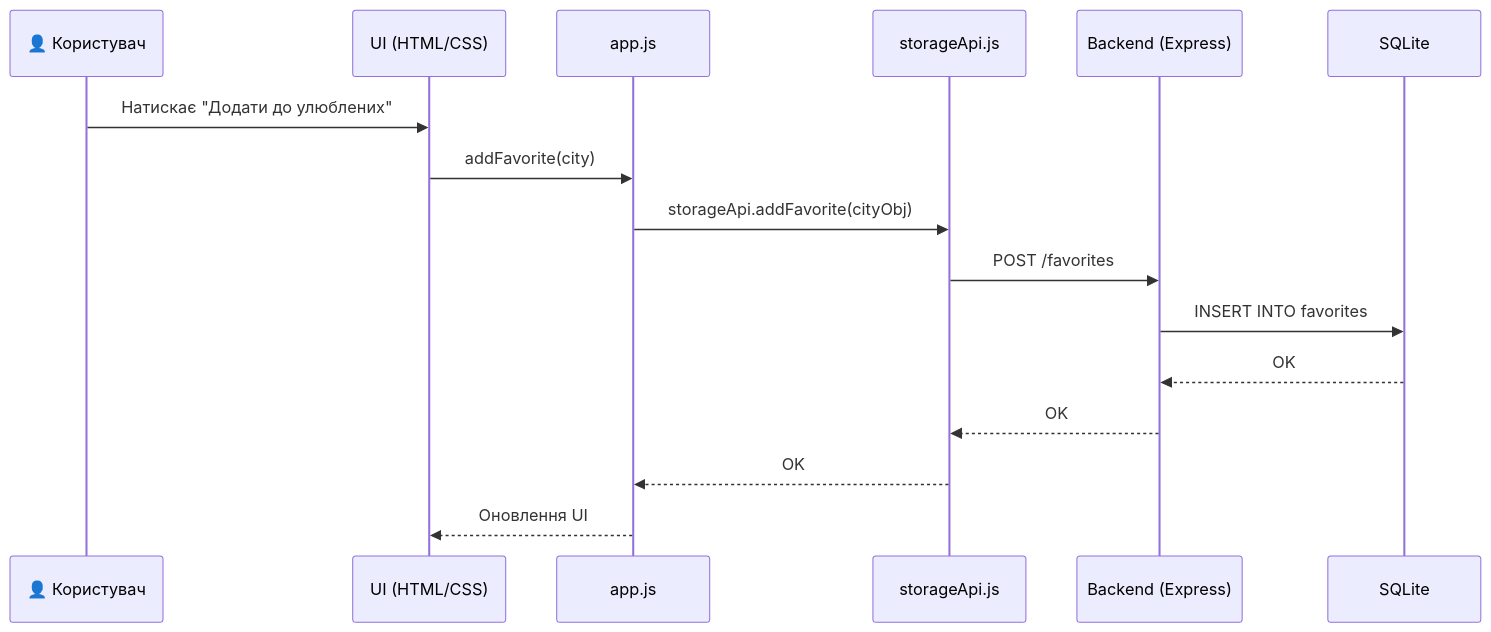
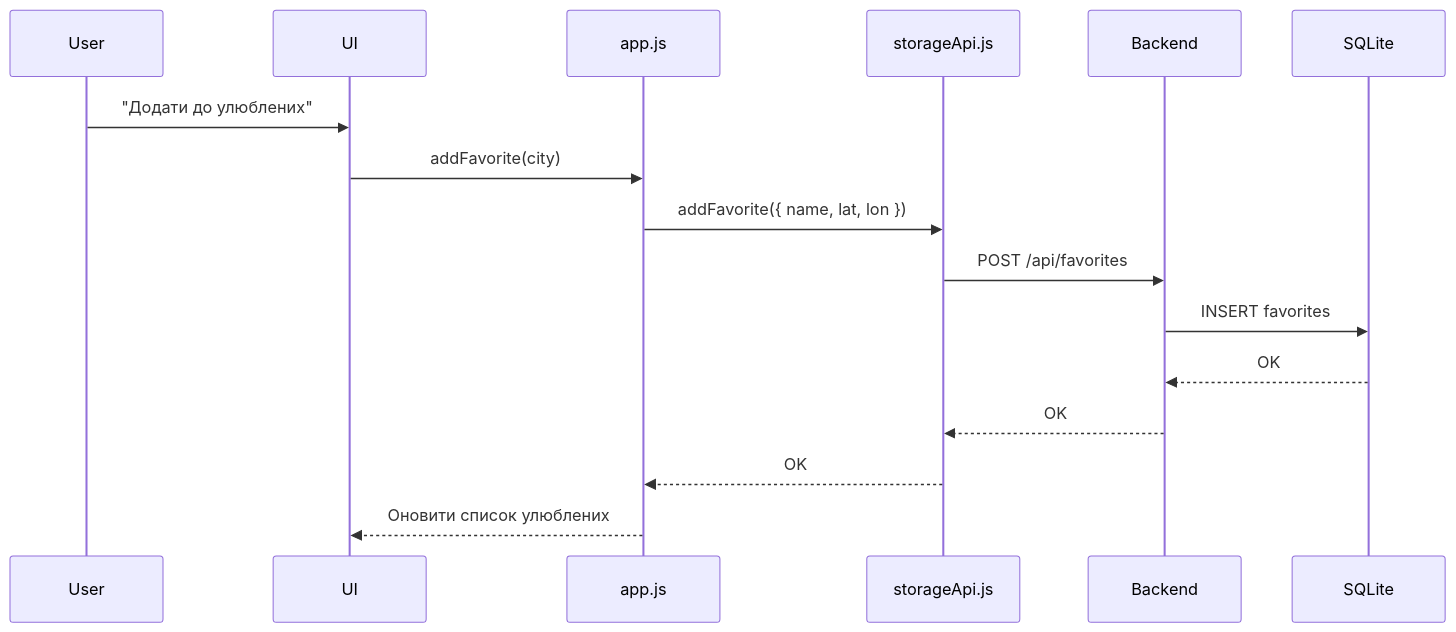
Before and after one commit to Qudass/NodeWeather: the third of 4 diagrams in docs/architecture.md, drawn with Mermaid. The commit also changed other lines of this file and 1 other file, not shown here.

Commit message:
docs: update architecture and data model diagrams

````diff
--- a/docs/architecture.md
+++ b/docs/architecture.md
@@ -108,19 +71,19 @@
 ```mermaid
 sequenceDiagram
-    participant User as 👤 Користувач
-    participant UI as UI (HTML/CSS)
+    participant User
+    participant UI
     participant App as app.js
     participant SA as storageApi.js
-    participant BE as Backend (Express)
+    participant BE as Backend
     participant DB as SQLite
 
-    User->>UI: Натискає "Додати до улюблених"
+    User->>UI: "Додати до улюблених"
     UI->>App: addFavorite(city)
-    App->>SA: storageApi.addFavorite(cityObj)
-    SA->>BE: POST /favorites
-    BE->>DB: INSERT INTO favorites
+    App->>SA: addFavorite({ name, lat, lon })
+    SA->>BE: POST /api/favorites
+    BE->>DB: INSERT favorites
     DB-->>BE: OK
     BE-->>SA: OK
     SA-->>App: OK
-    App-->>UI: Оновлення UI
+    App-->>UI: Оновити список улюблених
 ```
````
